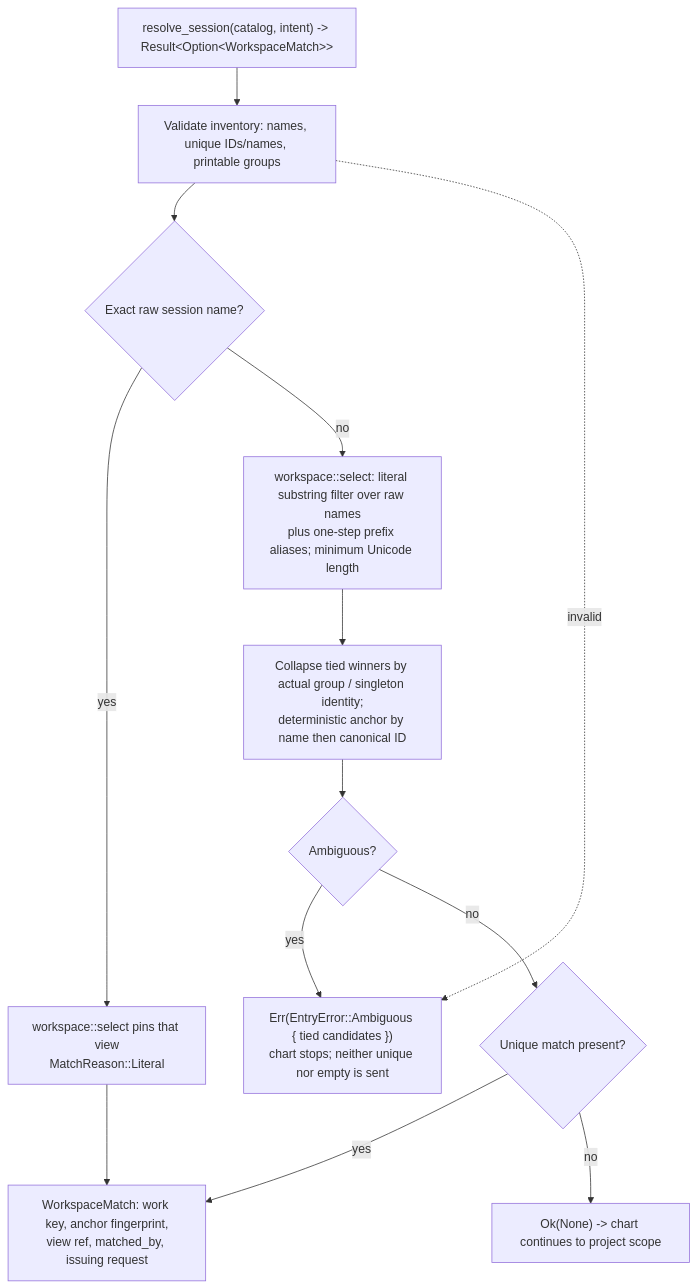
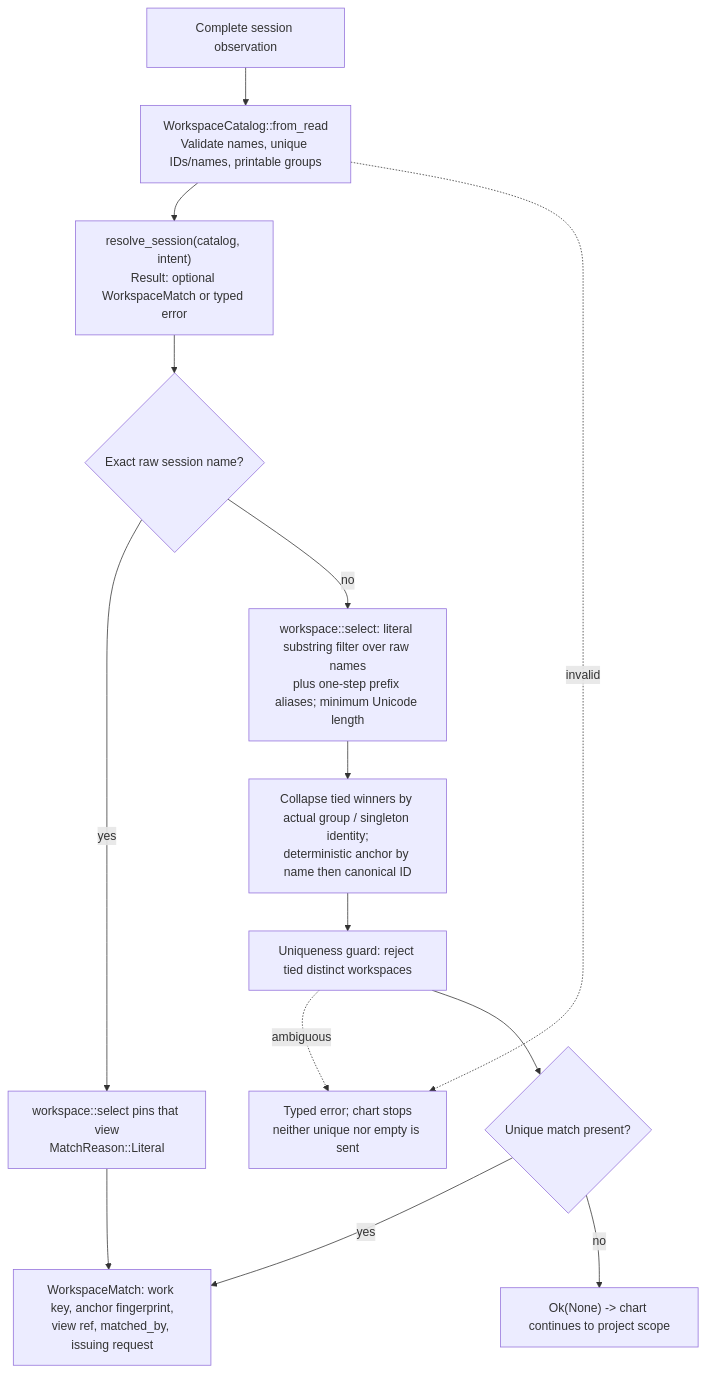
Before and after one commit to rektide/tta: the second of 2 diagrams in doc/entry/README.md, drawn with Mermaid. The commit also changed other lines of this file and 1 other file, not shown here.

Commit message:
Make the entry backbone and resolution diagrams prominent

````diff
--- a/doc/entry/README.md
+++ b/doc/entry/README.md
@@ -188,15 +234,16 @@
 ```mermaid
 flowchart TD
-    input["resolve_session(catalog, intent) -> Result&lt;Option&lt;WorkspaceMatch&gt;&gt;"] --> validate["Validate inventory: names, unique IDs/names, printable groups"]
-    validate --> literal{"Exact raw session name?"}
+    input["Complete session observation"] --> validate["WorkspaceCatalog::from_read<br/>Validate names, unique IDs/names, printable groups"]
+    validate --> resolve["resolve_session(catalog, intent)<br/>Result: optional WorkspaceMatch or typed error"]
+    resolve --> literal{"Exact raw session name?"}
     literal -->|yes| exact["workspace::select pins that view<br/>MatchReason::Literal"]
     literal -->|no| rank["workspace::select: literal substring filter over raw names<br/>plus one-step prefix aliases; minimum Unicode length"]
     rank --> collapse["Collapse tied winners by actual group / singleton identity;<br/>deterministic anchor by name then canonical ID"]
-    collapse --> guard{"Ambiguous?"}
-    guard -->|yes| error["Err(EntryError::Ambiguous { tied candidates })<br/>chart stops; neither unique nor empty is sent"]
-    guard -->|no| option{"Unique match present?"}
+    collapse --> guard["Uniqueness guard: reject tied distinct workspaces"]
+    guard -.->|ambiguous| error["Typed error; chart stops<br/>neither unique nor empty is sent"]
+    guard --> option{"Unique match present?"}
     option -->|yes| selected["WorkspaceMatch: work key, anchor fingerprint,<br/>view ref, matched_by, issuing request"]
     option -->|no| missing["Ok(None) -> chart continues to project scope"]
     exact --> selected
     validate -.->|invalid| error
 ```
````
